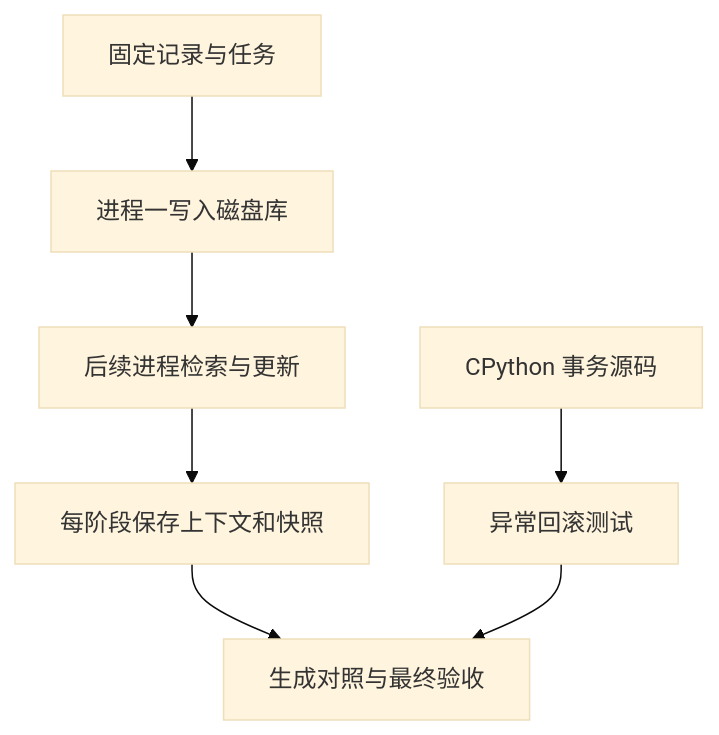
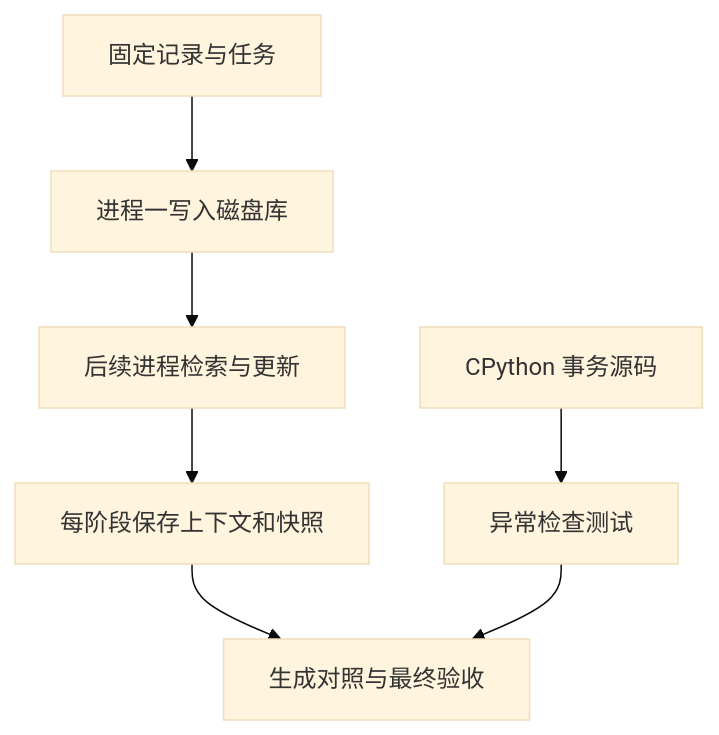
One commit to HarryYangthu/TheBestAIGuide changed the diagram in 10-Knowledge/13-memory/04-experiments-and-source.md. Above: the diagram before and after it, drawn with Mermaid (base theme). The commit also changed other lines of this file and 1846 other files, not shown here.

````diff
--- a/10-Knowledge/13-memory/04-experiments-and-source.md
+++ b/10-Knowledge/13-memory/04-experiments-and-source.md
@@ -5,9 +5,9 @@
 ```mermaid
 flowchart TD
     F["固定记录与任务"] --> L["进程一写入磁盘库"]
     L --> R["后续进程检索与更新"]
     R --> S["每阶段保存上下文和快照"]
     S --> C["生成对照与最终验收"]
-    P["CPython 事务源码"] --> T["异常回滚测试"]
+    P["CPython 事务源码"] --> T["异常检查测试"]
     T --> C
 ```
````
